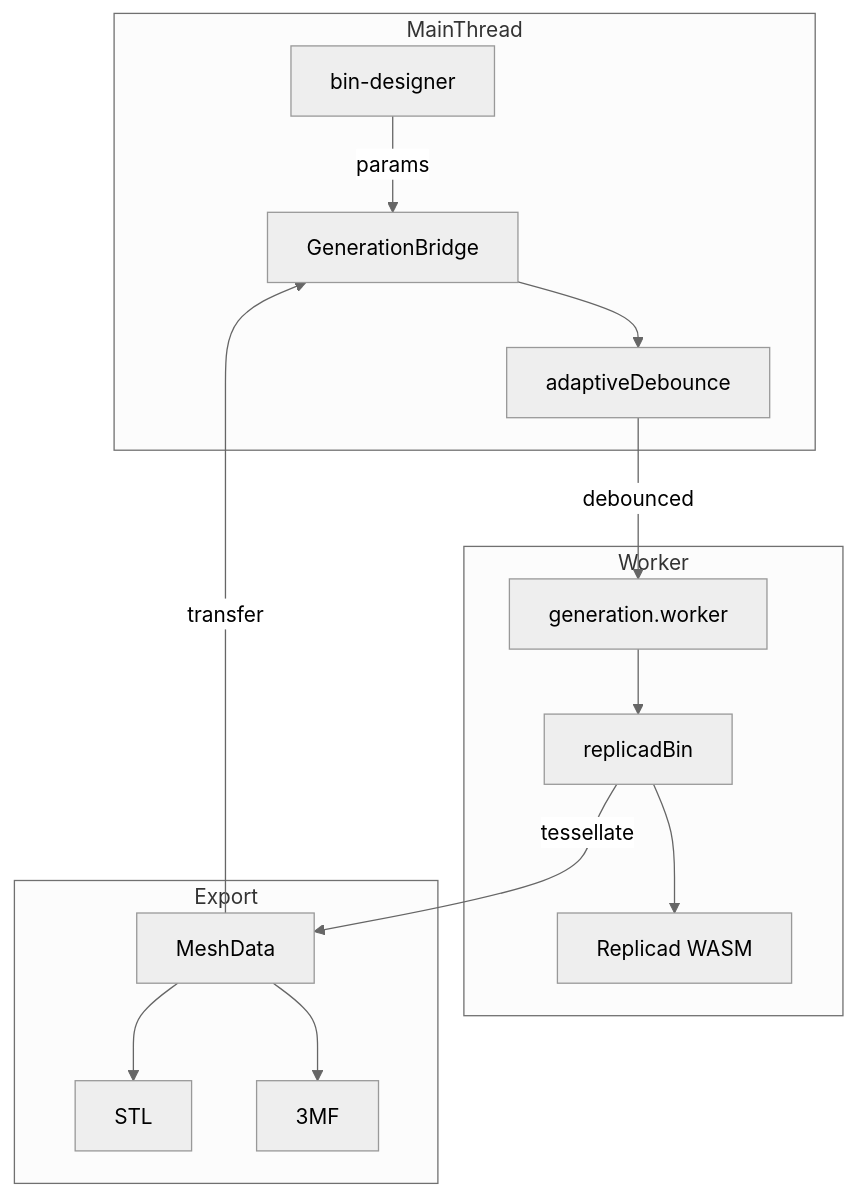
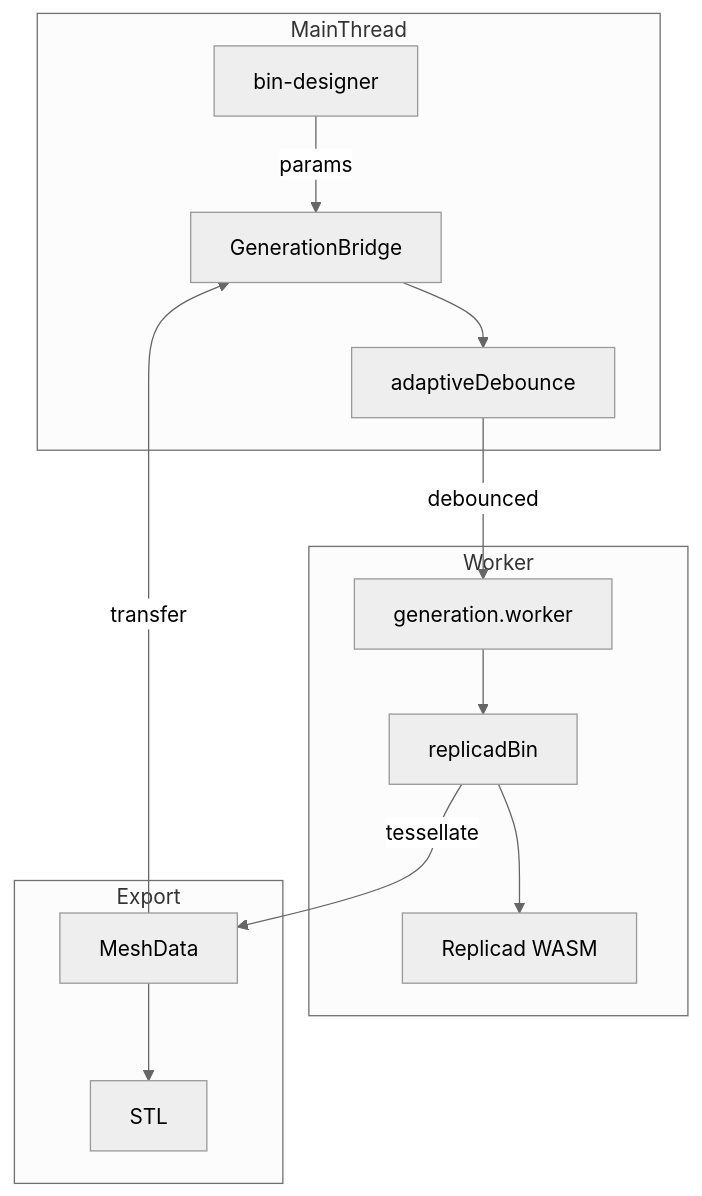
Before and after one commit to andymai/gridfinity-layout-tool: the diagram in src/features/generation/README.md, drawn with Mermaid (neutral theme). The commit also changed other lines of this file and 15 other files, not shown here.

````diff
--- a/src/features/generation/README.md
+++ b/src/features/generation/README.md
@@ -5,16 +5,16 @@
 ```mermaid
 graph TB
     subgraph MainThread
         BD[bin-designer] -->|params| GB[GenerationBridge]
         GB --> AD[adaptiveDebounce]
     end
     subgraph Worker
         AD -->|debounced| GW[generation.worker]
         GW --> RB[replicadBin]
         RB --> WASM[Replicad WASM]
     end
     subgraph Export
-        MD[MeshData] --> STL & TMF[3MF]
+        MD[MeshData] --> STL
     end
     RB -->|tessellate| MD -->|transfer| GB
 ```
````
